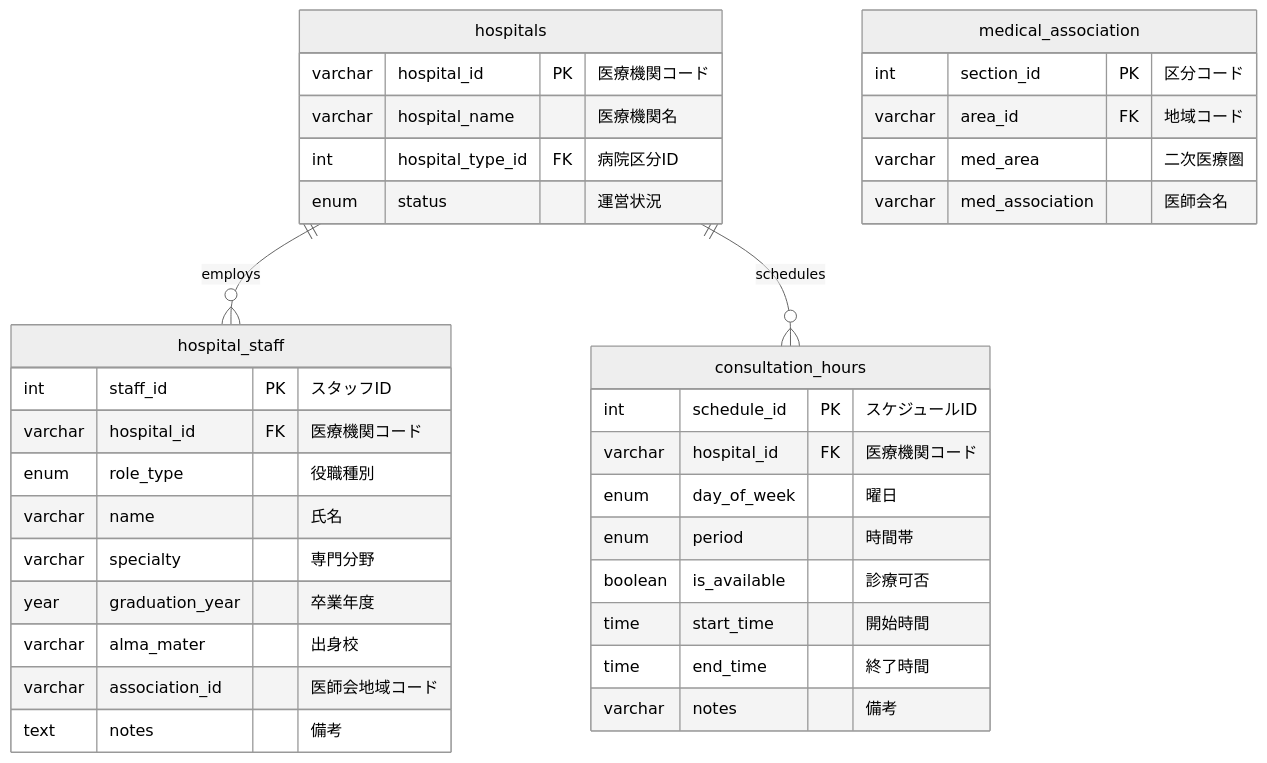
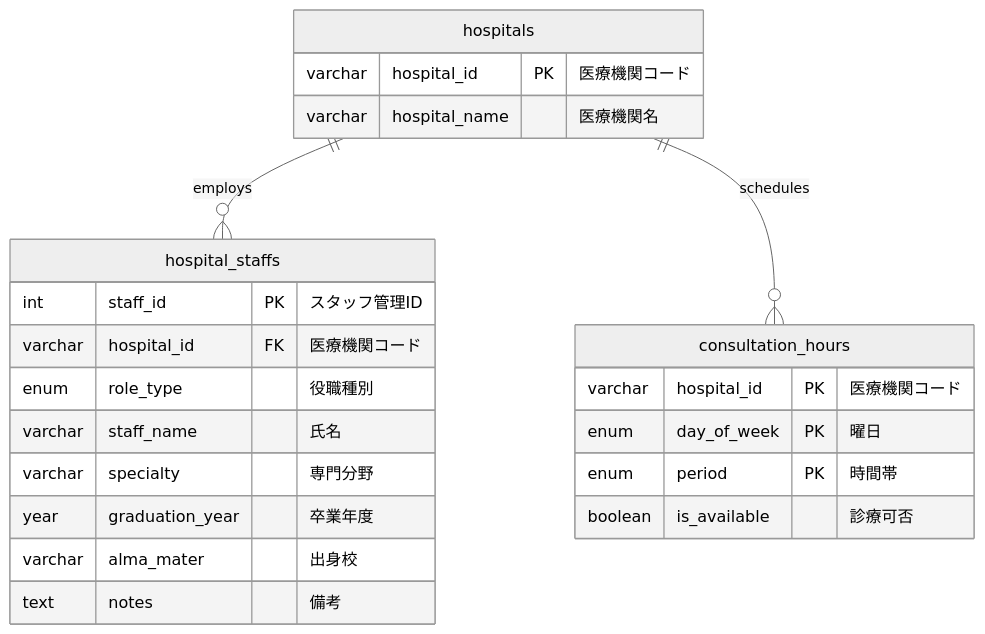
Before and after one commit to w3422008/update_DB: the second of 10 diagrams in rebuild/資料/新医療機関システム/仕様書等/DB/E-R/ER_diagram.md, drawn with Mermaid (neutral theme). The commit also changed other lines of this file and 5 other files, not shown here.

Commit message:
E-R図作成

````diff
--- a/rebuild/資料/新医療機関システム/仕様書等/DB/E-R/ER_diagram.md
+++ b/rebuild/資料/新医療機関システム/仕様書等/DB/E-R/ER_diagram.md
@@ -357,43 +75,29 @@
 ```mermaid
 erDiagram
     hospitals {
         varchar hospital_id PK "医療機関コード"
         varchar hospital_name "医療機関名"
-        int hospital_type_id FK "病院区分ID"
-        enum status "運営状況"
     }
     
-    hospital_staff {
-        int staff_id PK "スタッフID"
+    hospital_staffs {
+        int staff_id PK "スタッフ管理ID"
         varchar hospital_id FK "医療機関コード"
         enum role_type "役職種別"
-        varchar name "氏名"
+        varchar staff_name "氏名"
         varchar specialty "専門分野"
         year graduation_year "卒業年度"
         varchar alma_mater "出身校"
-        varchar association_id "医師会地域コード"
         text notes "備考"
     }
     
-    medical_association {
-        int section_id PK "区分コード"
-        varchar area_id FK "地域コード"
-        varchar med_area "二次医療圏"
-        varchar med_association "医師会名"
-    }
-    
     consultation_hours {
-        int schedule_id PK "スケジュールID"
-        varchar hospital_id FK "医療機関コード"
-        enum day_of_week "曜日"
-        enum period "時間帯"
+        varchar hospital_id PK "医療機関コード"
+        enum day_of_week PK "曜日"
+        enum period PK "時間帯"
         boolean is_available "診療可否"
-        time start_time "開始時間"
-        time end_time "終了時間"
-        varchar notes "備考"
     }
     
     %% リレーションシップ
-    hospitals ||--o{ hospital_staff : "employs"
+    hospitals ||--o{ hospital_staffs : "employs"
     hospitals ||--o{ consultation_hours : "schedules"
 ```
````
